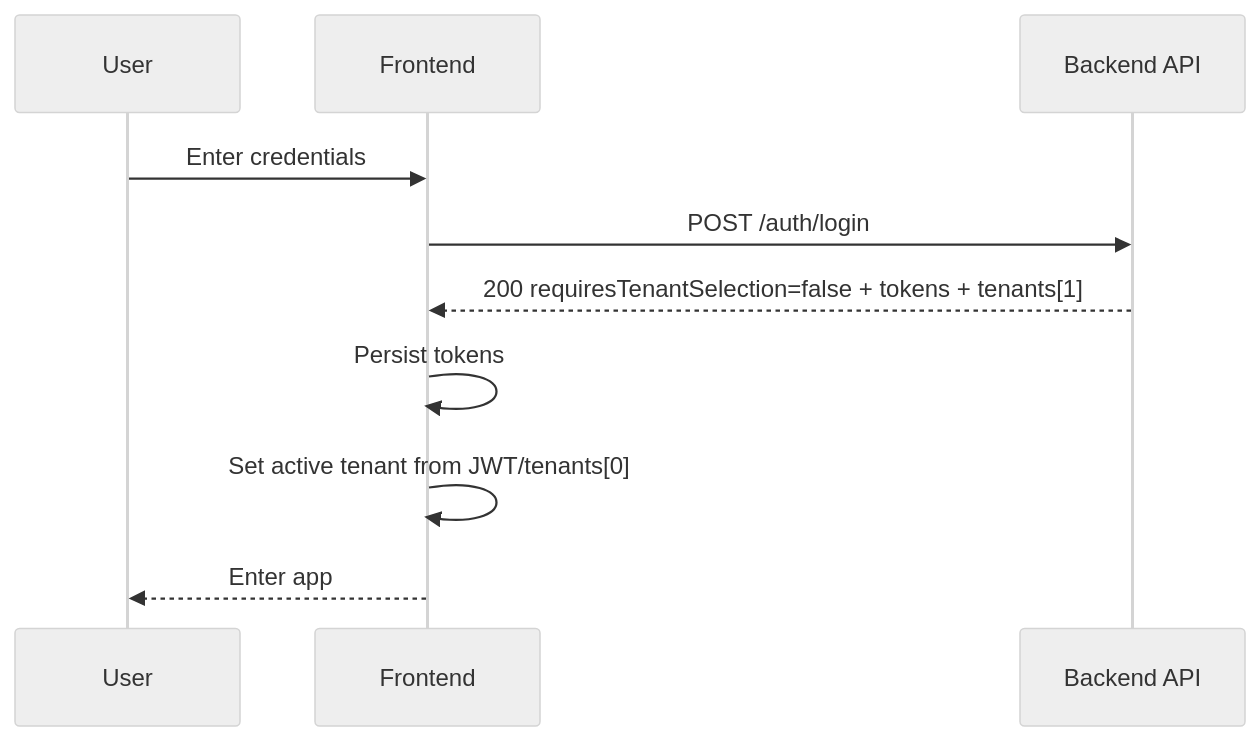
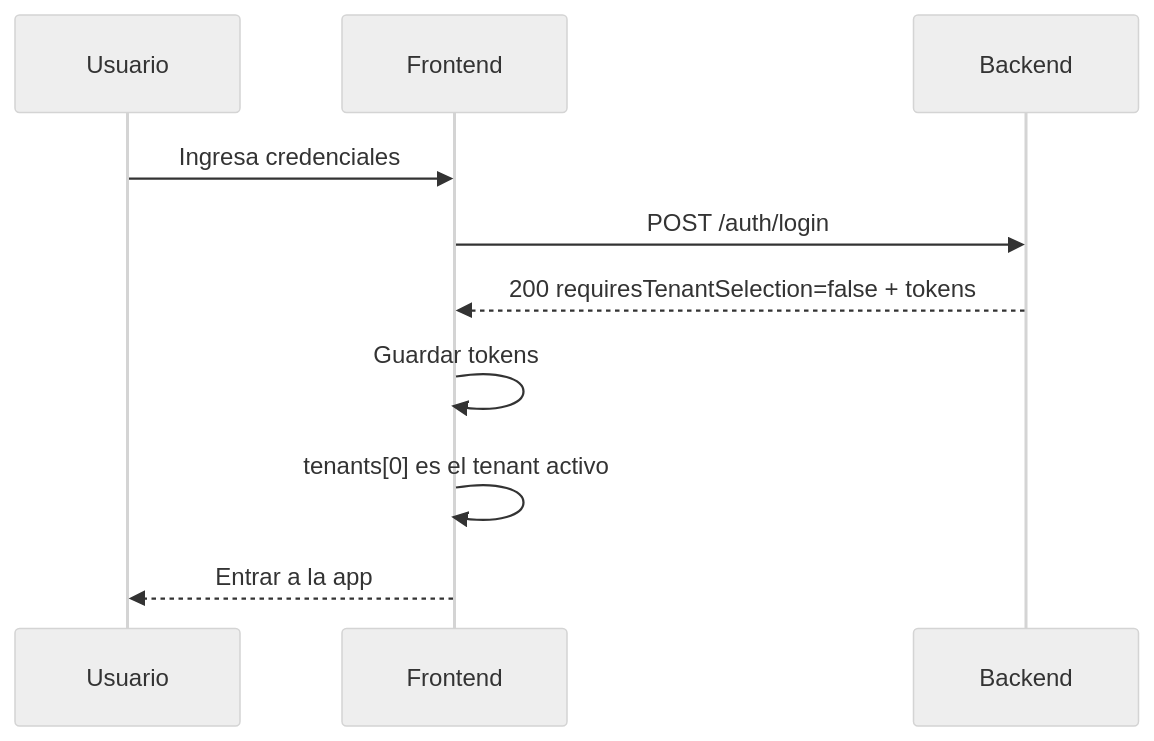
Before and after one commit to ALDRICHCODE45/houndfe-backend: the first of 4 diagrams in docs/multi-tenant-api.md, drawn with Mermaid (neutral theme). The commit also changed other lines of this file, not shown here.

First line of the commit message:
docs: rewrite multi-tenant frontend guide with full implementation detail

````diff
--- a/docs/multi-tenant-api.md
+++ b/docs/multi-tenant-api.md
@@ -266,13 +870,13 @@
 ```mermaid
 sequenceDiagram
-  participant U as User
+  participant U as Usuario
   participant FE as Frontend
-  participant API as Backend API
+  participant API as Backend
 
-  U->>FE: Enter credentials
+  U->>FE: Ingresa credenciales
   FE->>API: POST /auth/login
-  API-->>FE: 200 requiresTenantSelection=false + tokens + tenants[1]
-  FE->>FE: Persist tokens
-  FE->>FE: Set active tenant from JWT/tenants[0]
-  FE-->>U: Enter app
+  API-->>FE: 200 requiresTenantSelection=false + tokens
+  FE->>FE: Guardar tokens
+  FE->>FE: tenants[0] es el tenant activo
+  FE-->>U: Entrar a la app
 ```
````
